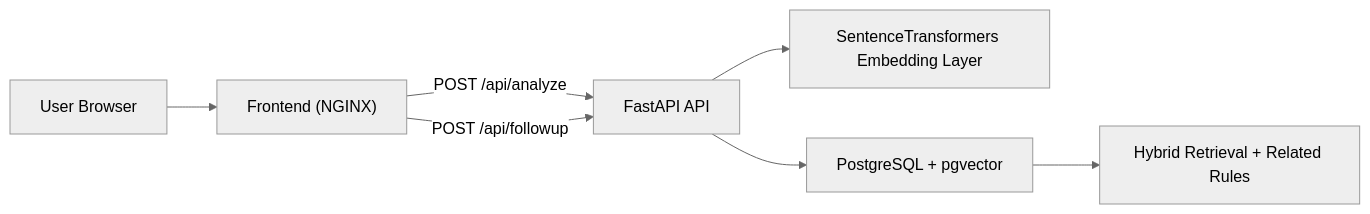
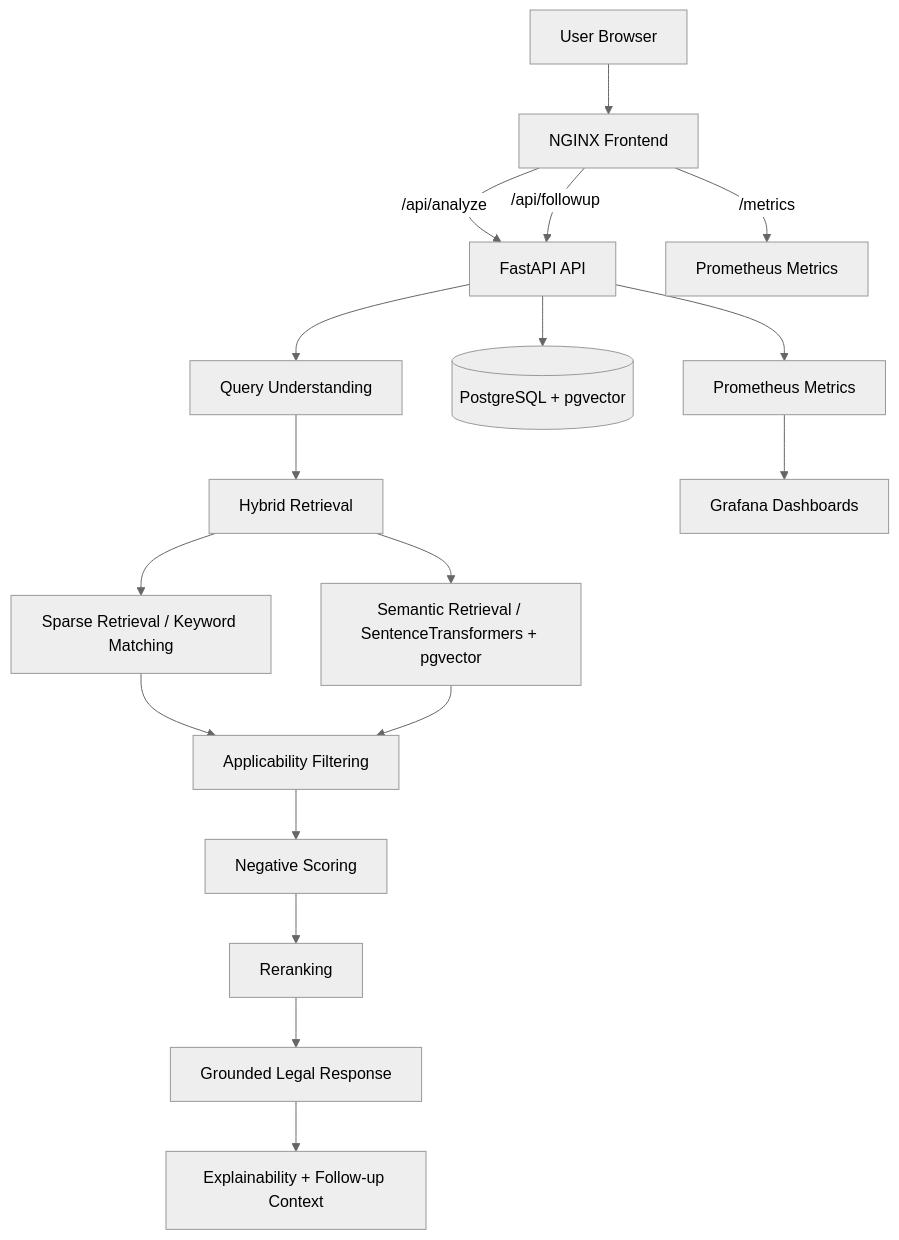
The diagram in README.md (vipulphayade/legal-situation-analyzer), drawn with Mermaid (neutral theme) before and after one commit. The commit also changed other lines of this file, not shown here.

Commit message:
Upgrade README to v17 architecture documentation

````diff
--- a/README.md
+++ b/README.md
@@ -16,9 +40,26 @@
 ```mermaid
-flowchart LR
-    U["User Browser"] --> F["Frontend (NGINX)"]
-    F -->|POST /api/analyze| A["FastAPI API"]
-    F -->|POST /api/followup| A
-    A --> E["SentenceTransformers Embedding Layer"]
-    A --> P["PostgreSQL + pgvector"]
-    P --> R["Hybrid Retrieval + Related Rules"]
+flowchart TD
+    U[User Browser] --> F[NGINX Frontend]
+
+    F -->|/api/analyze| A[FastAPI API]
+    F -->|/api/followup| A
+    F -->|/metrics| M[Prometheus Metrics]
+
+    A --> Q[Query Understanding]
+    Q --> H[Hybrid Retrieval]
+
+    H --> S[Sparse Retrieval / Keyword Matching]
+    H --> E[Semantic Retrieval / SentenceTransformers + pgvector]
+
+    S --> F1[Applicability Filtering]
+    E --> F1
+
+    F1 --> N[Negative Scoring]
+    N --> R[Reranking]
+    R --> G[Grounded Legal Response]
+    G --> O[Explainability + Follow-up Context]
+
+    A --> P[(PostgreSQL + pgvector)]
+    A --> X[Prometheus Metrics]
+    X --> GRAF[Grafana Dashboards]
 ```
````
